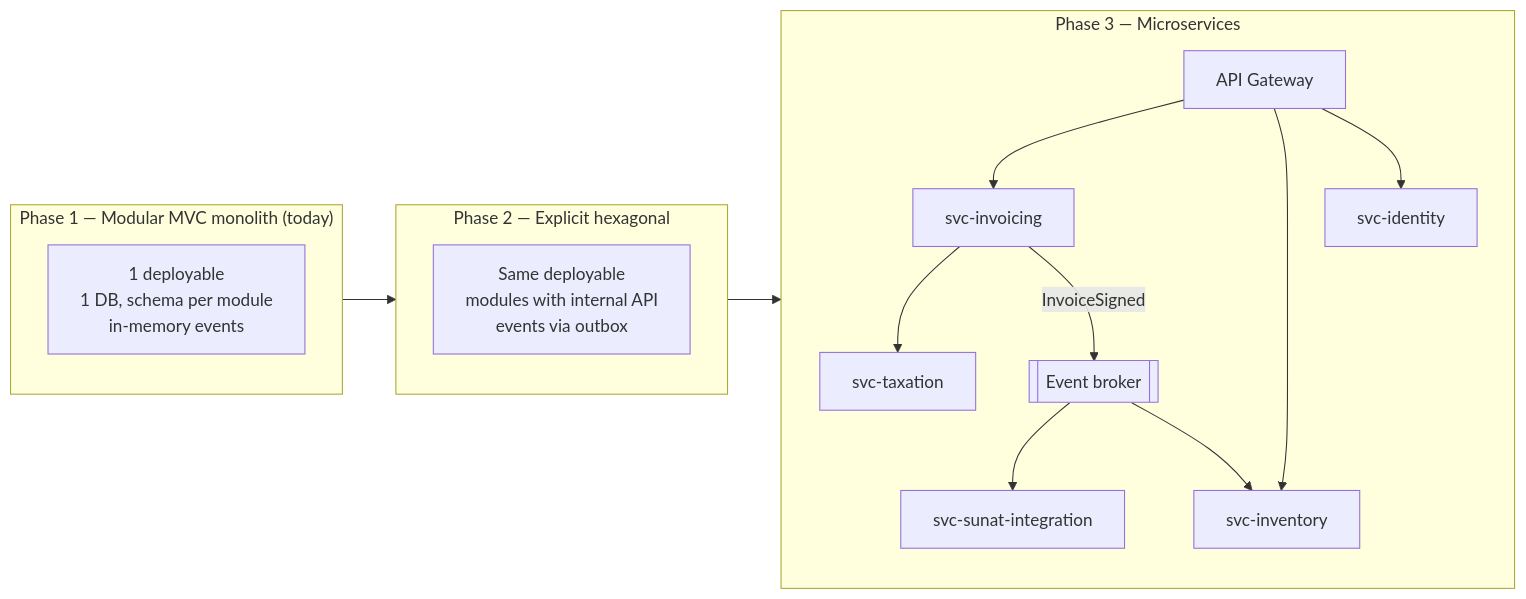
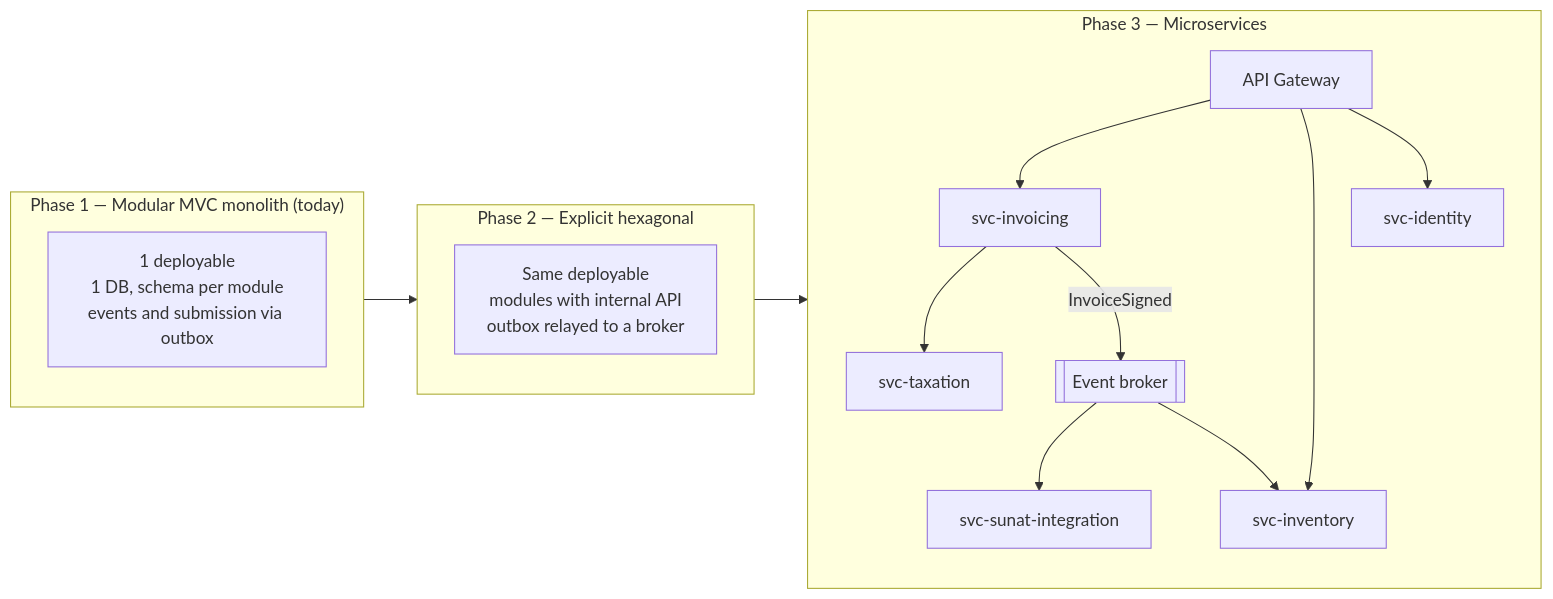
Before and after one commit to crissdav/medio-curso-davila: the fifth of 5 diagrams in docs/03-architecture.md, drawn with Mermaid. The commit also changed other lines of this file and 48 other files, not shown here.

````diff
--- a/docs/03-architecture.md
+++ b/docs/03-architecture.md
@@ -197,24 +210,24 @@
 ```mermaid
 flowchart LR
     subgraph F1["Phase 1 — Modular MVC monolith (today)"]
-        m1["1 deployable<br/>1 DB, schema per module<br/>in-memory events"]
+        m1["1 deployable<br/>1 DB, schema per module<br/>events and submission via outbox"]
     end
     subgraph F2["Phase 2 — Explicit hexagonal"]
-        m2["Same deployable<br/>modules with internal API<br/>events via outbox"]
+        m2["Same deployable<br/>modules with internal API<br/>outbox relayed to a broker"]
     end
     subgraph F3["Phase 3 — Microservices"]
         g["API Gateway"]
         s1["svc-invoicing"]
         s2["svc-taxation"]
         s3["svc-sunat-integration"]
         s4["svc-inventory"]
         s5["svc-identity"]
         bus[["Event broker"]]
         g --> s1 & s4 & s5
         s1 --> s2
         s1 -- InvoiceSigned --> bus
         bus --> s3
         bus --> s4
     end
     F1 --> F2 --> F3
 ```
````
